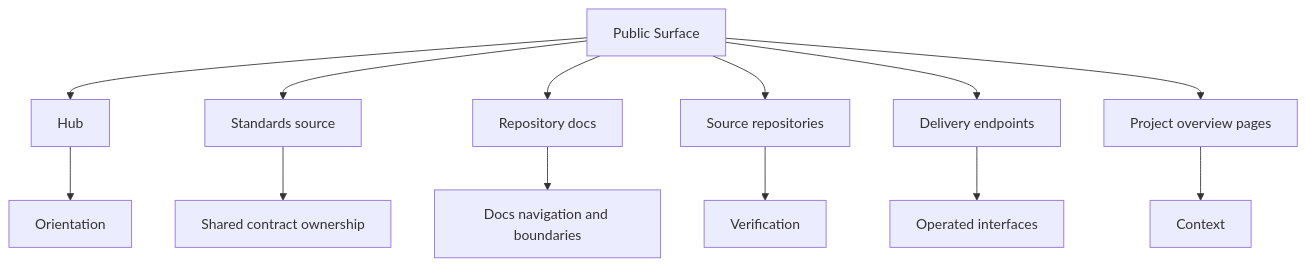
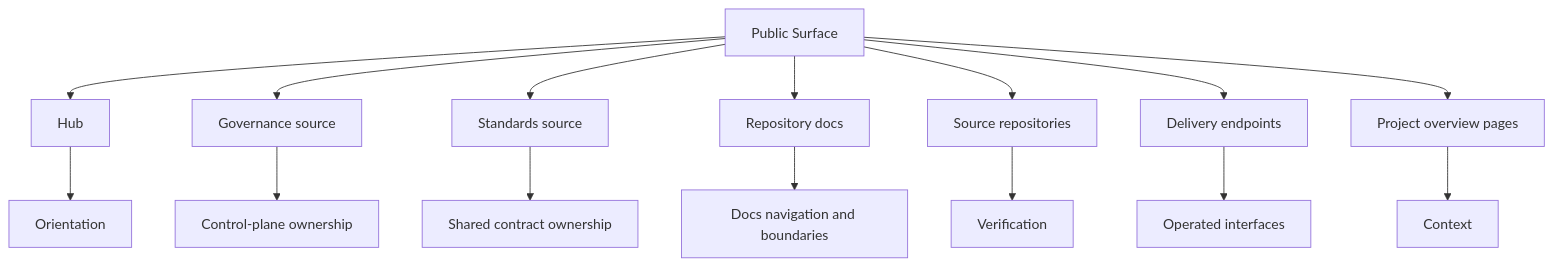
Before and after one commit to bijux/bijux.github.io: the first of 2 diagrams in docs/01-platform/public-surface/index.md, drawn with Mermaid. The commit also changed other lines of this file and 1 other file, not shown here.

````diff
--- a/docs/01-platform/public-surface/index.md
+++ b/docs/01-platform/public-surface/index.md
@@ -23,16 +26,18 @@
 ```mermaid
 graph TD
     surface["Public Surface"] --> hub["Hub"]
+    surface --> governance["Governance source"]
     surface --> standards["Standards source"]
     surface --> docs["Repository docs"]
     surface --> source["Source repositories"]
     surface --> delivery["Delivery endpoints"]
     surface --> projects["Project overview pages"]
 
     hub --> orientation["Orientation"]
+    governance --> policy["Control-plane ownership"]
     standards --> contracts["Shared contract ownership"]
     docs --> handbooks["Docs navigation and boundaries"]
     source --> verification["Verification"]
     delivery --> operated["Operated interfaces"]
     projects --> context["Context"]
 ```
````
